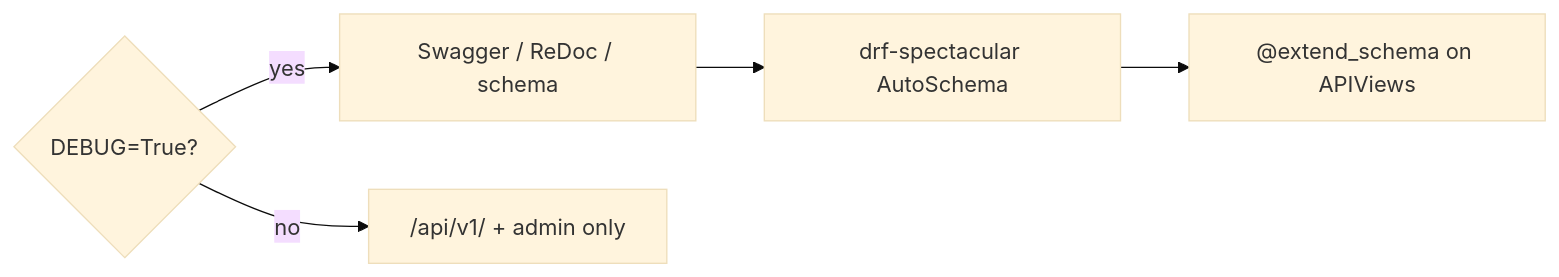
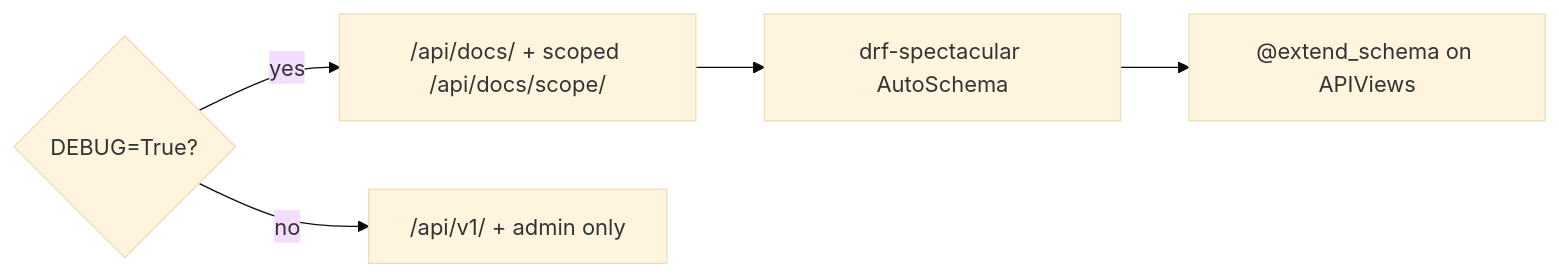
Before and after one commit to alidanial7/django-style-guide: the diagram in {{cookiecutter.project_name}}/docs/style-guide/http/swagger.md, drawn with Mermaid (base theme). The commit also changed other lines of this file and 57 other files, not shown here.

Commit message:
feat: add multi-scope API support with configurable scopes; update prompts, README.md, and project structure to reflect new API routing and documentation features

````diff
--- a/{{cookiecutter.project_name}}/docs/style-guide/http/swagger.md
+++ b/{{cookiecutter.project_name}}/docs/style-guide/http/swagger.md
@@ -19,8 +29,8 @@
 ```mermaid
 flowchart LR
     DEBUG{DEBUG=True?}
-    DEBUG -->|yes| UI[Swagger / ReDoc / schema]
+    DEBUG -->|yes| UI["/api/docs/ + scoped /api/docs/scope/"]
     DEBUG -->|no| API["/api/v1/ + admin only"]
     UI --> SPEC[drf-spectacular AutoSchema]
     SPEC --> VIEWS["@extend_schema on APIViews"]
 ```
````
